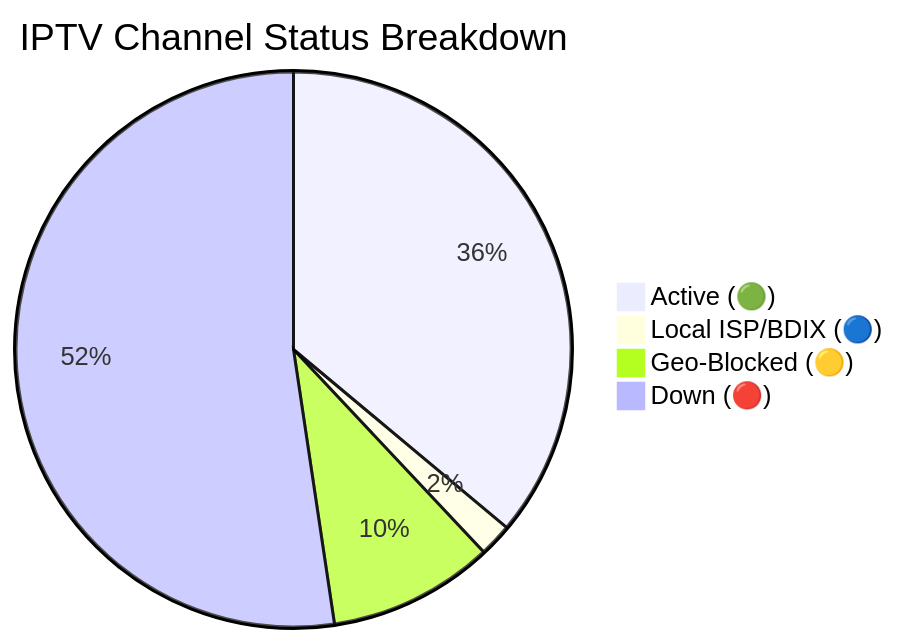
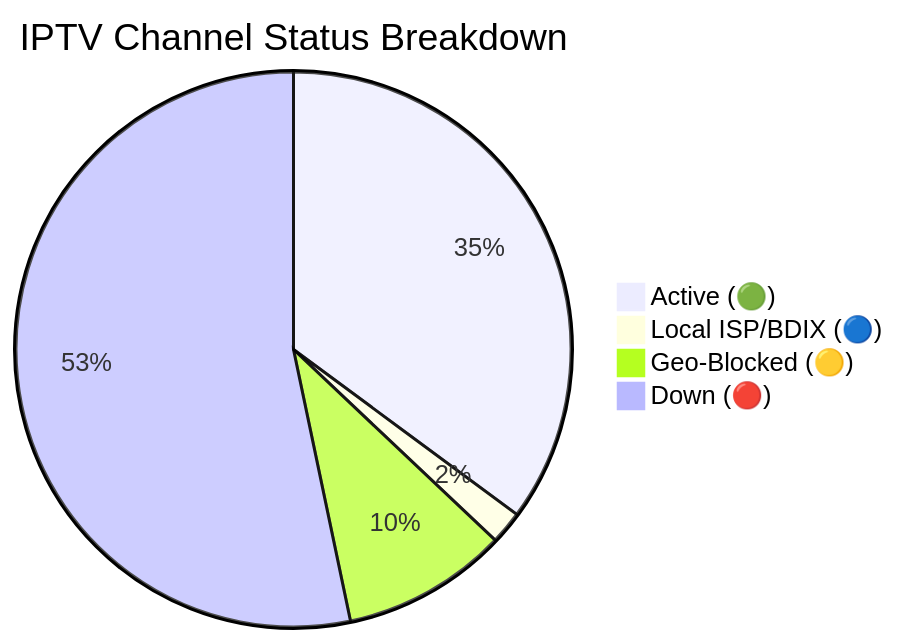
Before and after one commit to andreataylord/Ip-tv-Collection: the diagram in README.md, drawn with Mermaid. The commit also changed other lines of this file and 1 other file, not shown here.

Commit message:
docs(readme): auto-update daily channel status chart

````diff
--- a/README.md
+++ b/README.md
@@ -59,7 +59,7 @@
 ```mermaid
 pie title IPTV Channel Status Breakdown
-    "Active (🟢)" : 2399
+    "Active (🟢)" : 2336
     "Local ISP/BDIX (🔵)" : 128
-    "Geo-Blocked (🟡)" : 641
-    "Down (🔴)" : 3482
+    "Geo-Blocked (🟡)" : 642
+    "Down (🔴)" : 3544
 ```
````
